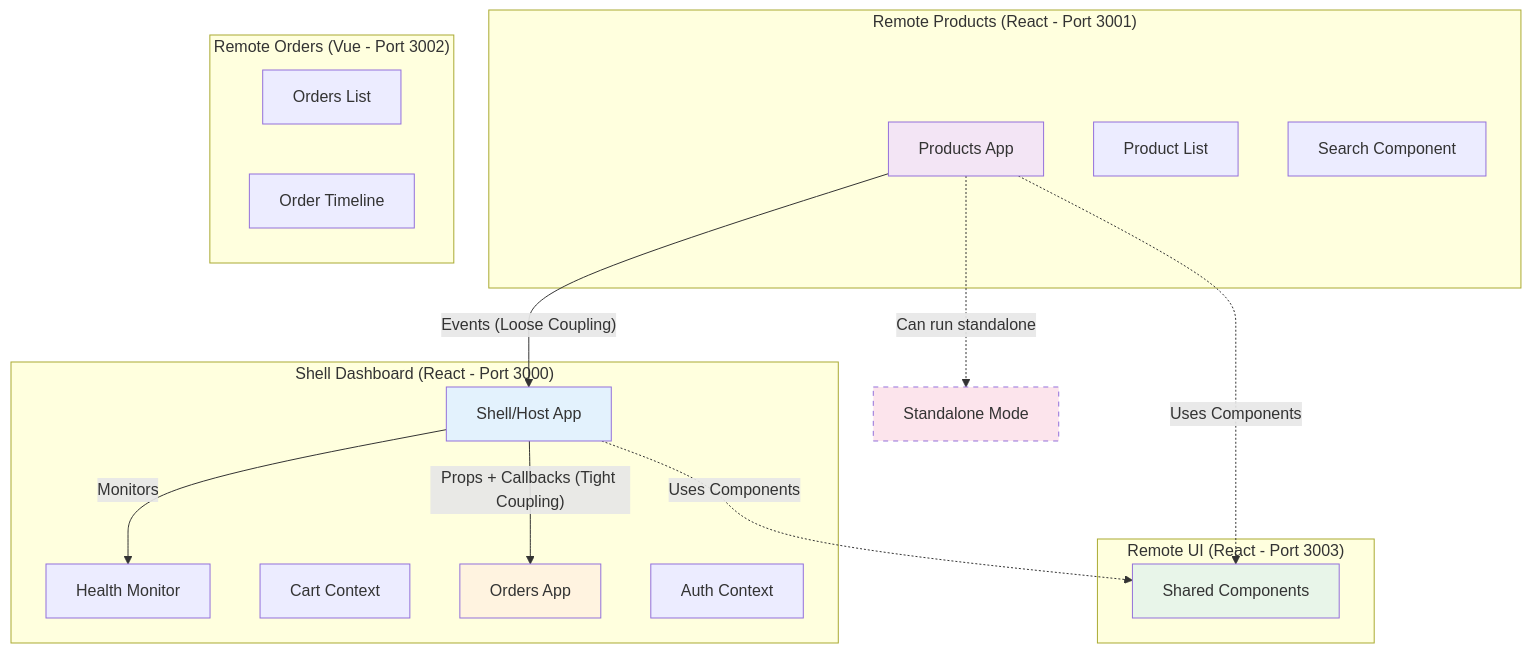
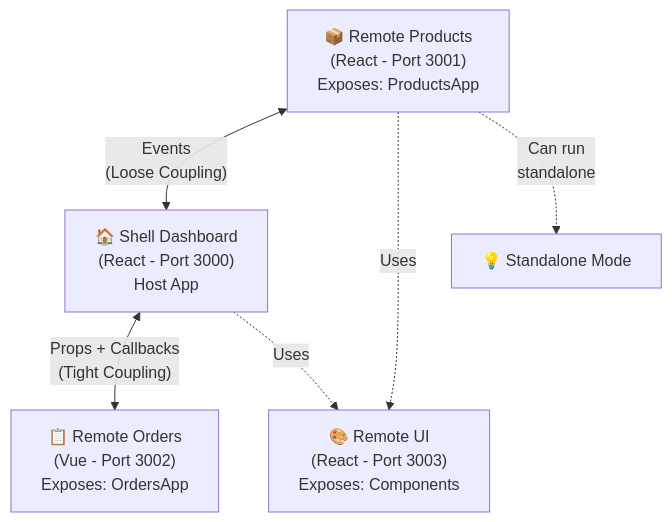
One commit to Barbara-Brzic/microfrontend-module-federation-lab changed the diagram in README.md. Above: the diagram before and after it, drawn with Mermaid.

Commit message:
update readme file

````diff
--- a/README.md
+++ b/README.md
@@ -11,41 +11,14 @@
 ```mermaid
-graph TB
-    subgraph "Shell Dashboard (React - Port 3000)"
-        Shell[Shell/Host App]
-        Health[Health Monitor]
-        Cart[Cart Context]
-        Orders[Orders Context]
-        Auth[Auth Context]
-    end
+graph TD
+    Shell["🏠 Shell Dashboard<br/>(React - Port 3000)<br/>Host App"]
+    Products["📦 Remote Products<br/>(React - Port 3001)<br/>Exposes: ProductsApp"]
+    Orders["📋 Remote Orders<br/>(Vue - Port 3002)<br/>Exposes: OrdersApp"]
+    UI["🎨 Remote UI<br/>(React - Port 3003)<br/>Exposes: Components"]
 
-    subgraph "Remote Products (React - Port 3001)"
-        Products[Products App]
-        ProductsList[Product List]
-        Search[Search Component]
-    end
+    Products <-->|"Events<br/>(Loose Coupling)"| Shell
+    Shell <-->|"Props + Callbacks<br/>(Tight Coupling)"| Orders
+    Products -.->|"Uses"| UI
+    Shell -.->|"Uses"| UI
 
-    subgraph "Remote Orders (Vue - Port 3002)"
-        Orders[Orders App]
-        OrdersList[Orders List]
-        Timeline[Order Timeline]
-    end
-
-    subgraph "Remote UI (React - Port 3003)"
-        UI[Shared Components]
-    end
-
-    Products -->|"Events (Loose Coupling)"| Shell
-    Shell -->|"Props + Callbacks (Tight Coupling)"| Orders
-    Products -.->|"Uses Components"| UI
-    Shell -.->|"Uses Components"| UI
-
-    Products -.->|"Can run standalone"| Standalone[Standalone Mode]
-
-    Shell -->|"Monitors"| Health
-
-    style Shell fill:#e3f2fd
-    style Products fill:#f3e5f5
-    style Orders fill:#fff3e0
-    style UI fill:#e8f5e9
-    style Standalone fill:#fce4ec,stroke-dasharray: 5 5
+    Products -.->|"Can run<br/>standalone"| Standalone["💡 Standalone Mode"]
 ```
````
